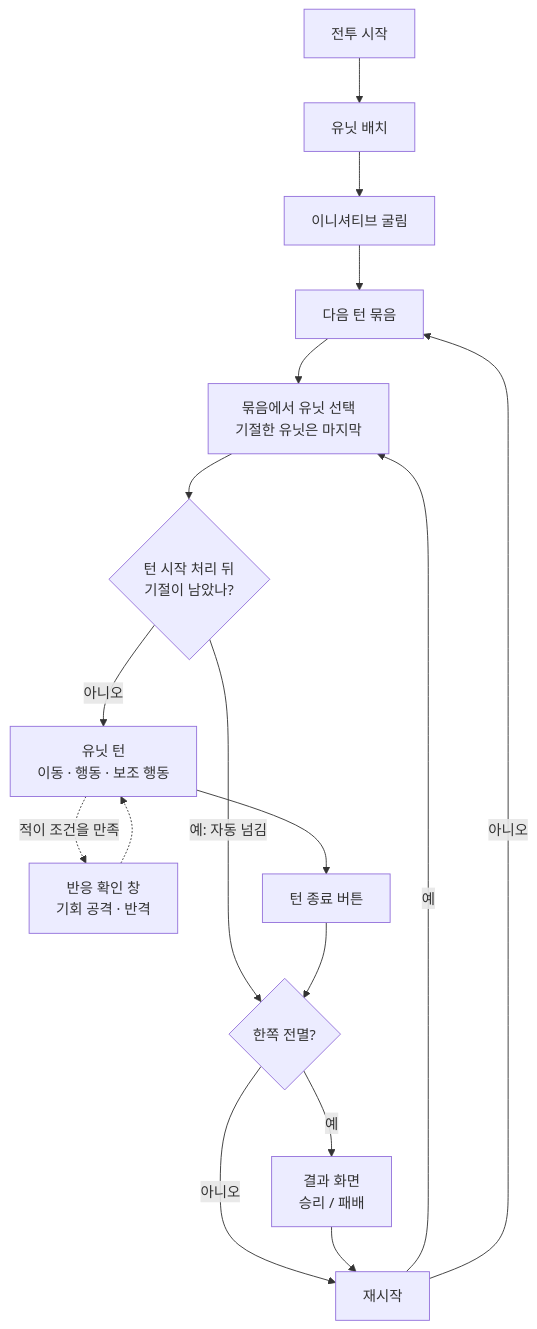
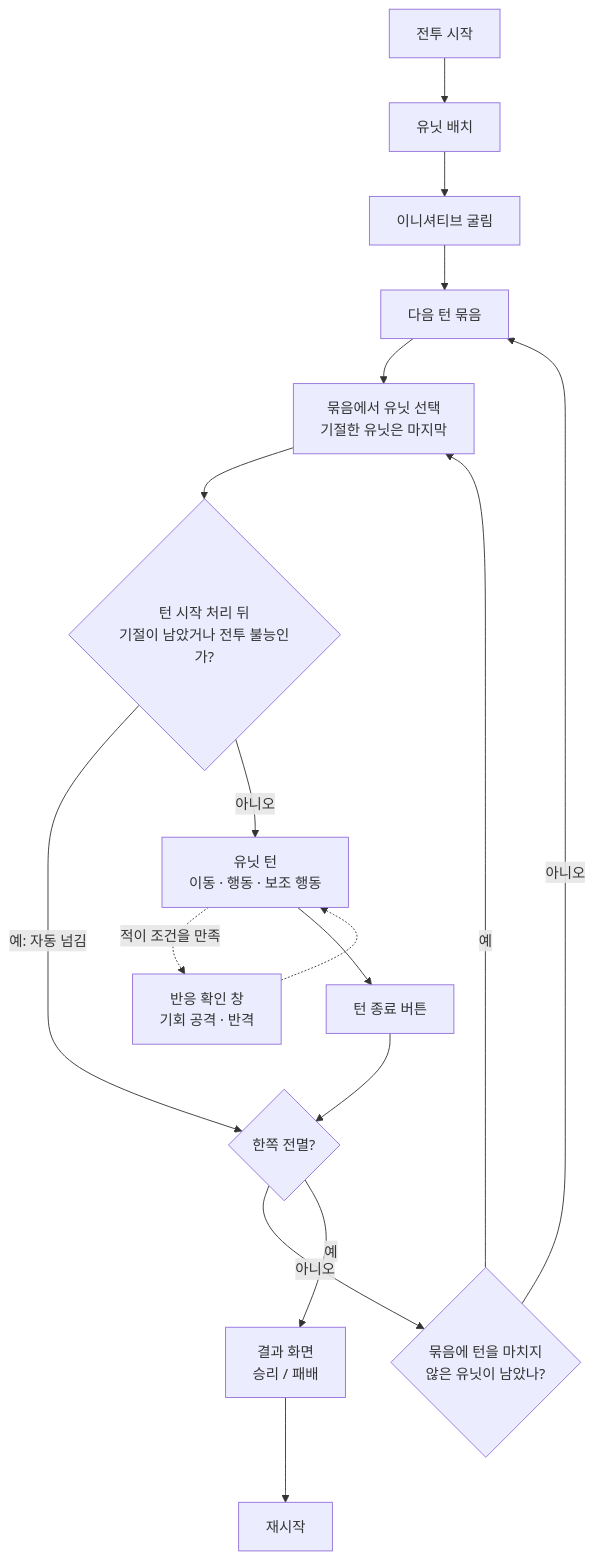
One commit to minjunkim-dev/BGLike changed the diagram in docs/COMBAT_DESIGN.md. Above: the diagram before and after it, drawn with Mermaid.

Commit message:
docs: fix the duplicate flowchart node id

````diff
--- a/docs/COMBAT_DESIGN.md
+++ b/docs/COMBAT_DESIGN.md
@@ -87,19 +87,19 @@
 ```mermaid
 flowchart TD
     A[전투 시작] --> B[유닛 배치]
     B --> C[이니셔티브 굴림]
     C --> D[다음 턴 묶음]
     D --> U[묶음에서 유닛 선택<br/>기절한 유닛은 마지막]
-    U --> E{턴 시작 처리 뒤<br/>기절이 남았나?}
+    U --> E{턴 시작 처리 뒤<br/>기절이 남았거나 전투 불능인가?}
     E -- 예: 자동 넘김 --> H
     E -- 아니오 --> F[유닛 턴<br/>이동 · 행동 · 보조 행동]
     F -. 적이 조건을 만족 .-> R[반응 확인 창<br/>기회 공격 · 반격]
     R -.-> F
     F --> G[턴 종료 버튼]
     G --> H{한쪽 전멸?}
-    H -- 아니오 --> J{묶음에 턴을 마치지<br/>않은 유닛이 남았나?}
-    J -- 예 --> U
-    J -- 아니오 --> D
+    H -- 아니오 --> K{묶음에 턴을 마치지<br/>않은 유닛이 남았나?}
+    K -- 예 --> U
+    K -- 아니오 --> D
     H -- 예 --> I[결과 화면<br/>승리 / 패배]
     I --> J[재시작]
 ```
````
